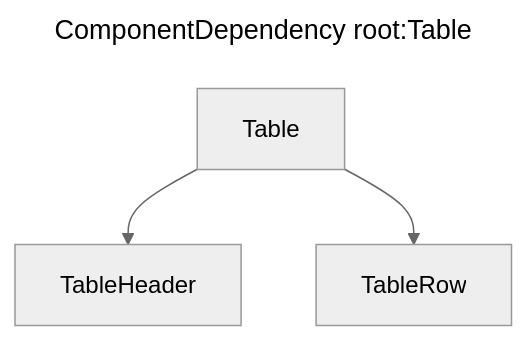
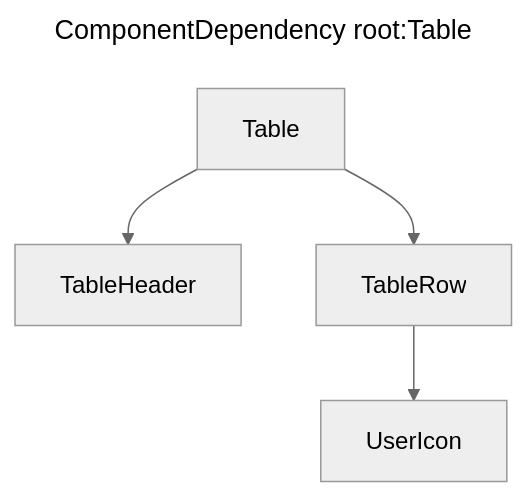
The second of 3 diagrams in README.md (kawagh/viewtree), drawn with Mermaid (neutral theme) before and after one commit.

Commit message:
[doc] update command output

````diff
--- a/README.md
+++ b/README.md
@@ -62,8 +62,9 @@
 ```mermaid
 ---
 title: ComponentDependency root:Table
 ---
 graph TD
   Table --> TableHeader
   Table --> TableRow
+  TableRow --> UserIcon
 ```
````
